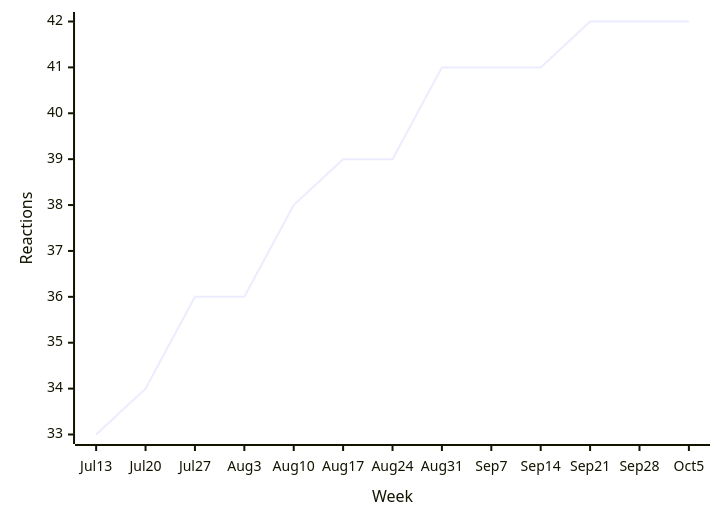
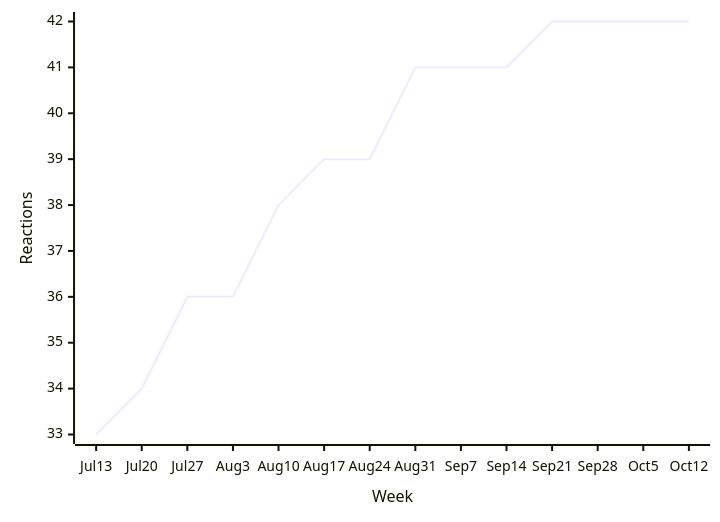
Diagram 14 of 35 in README.md (loic-sharma/github-insights), drawn with Mermaid before and after one commit. The commit also changed other lines of this file and 3 other files, not shown here.

````diff
--- a/README.md
+++ b/README.md
@@ -545,6 +545,6 @@
   ```mermaid
   xychart-beta
-    x-axis "Week" [Jul 13, Jul 20, Jul 27, Aug 3, Aug 10, Aug 17, Aug 24, Aug 31, Sep 7, Sep 14, Sep 21, Sep 28, Oct 5]
+    x-axis "Week" [Jul 13, Jul 20, Jul 27, Aug 3, Aug 10, Aug 17, Aug 24, Aug 31, Sep 7, Sep 14, Sep 21, Sep 28, Oct 5, Oct 12]
     y-axis "Reactions"
-    line [33, 34, 36, 36, 38, 39, 39, 41, 41, 41, 42, 42, 42]
+    line [33, 34, 36, 36, 38, 39, 39, 41, 41, 41, 42, 42, 42, 42]
   ```
````
